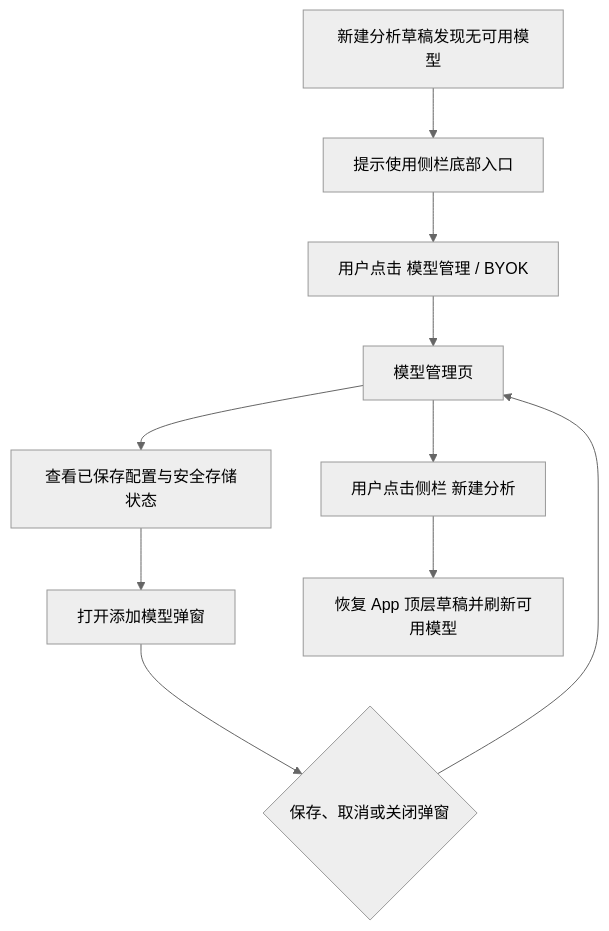
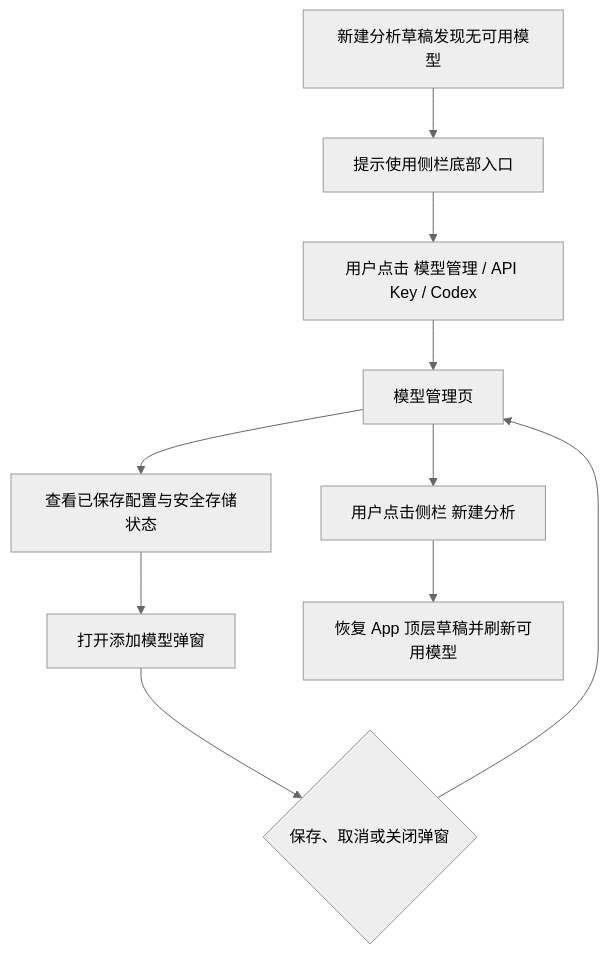
The fourth of 6 diagrams in docs/requirements/单素材分析-REQ-0005/单素材分析-REQ-0005-v1.0.md (wzhic/material), drawn with Mermaid (neutral theme) before and after one commit. The commit also changed other lines of this file and 70 other files, not shown here.

````diff
--- a/docs/requirements/单素材分析-REQ-0005/单素材分析-REQ-0005-v1.0.md
+++ b/docs/requirements/单素材分析-REQ-0005/单素材分析-REQ-0005-v1.0.md
@@ -480,12 +482,12 @@
 ```mermaid
 flowchart TD
     A[新建分析草稿发现无可用模型] --> B[提示使用侧栏底部入口]
-    B --> S[用户点击 模型管理 / BYOK]
+    B --> S[用户点击 模型管理 / API Key / Codex]
     S --> C[模型管理页]
     C --> D[查看已保存配置与安全存储状态]
     D --> E[打开添加模型弹窗]
     E --> F{保存、取消或关闭弹窗}
     F --> C
     C --> G[用户点击侧栏 新建分析]
     G --> H[恢复 App 顶层草稿并刷新可用模型]
 ```
````
